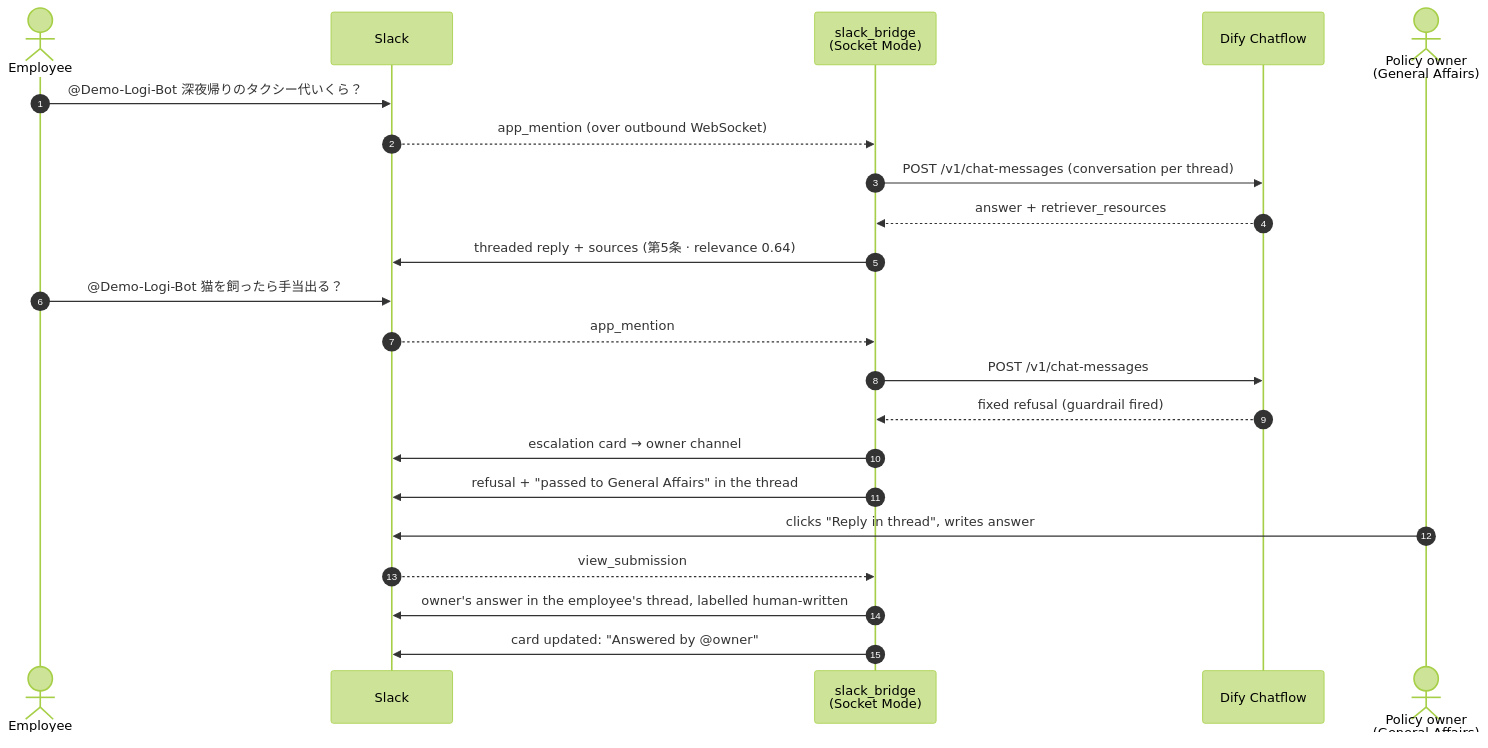
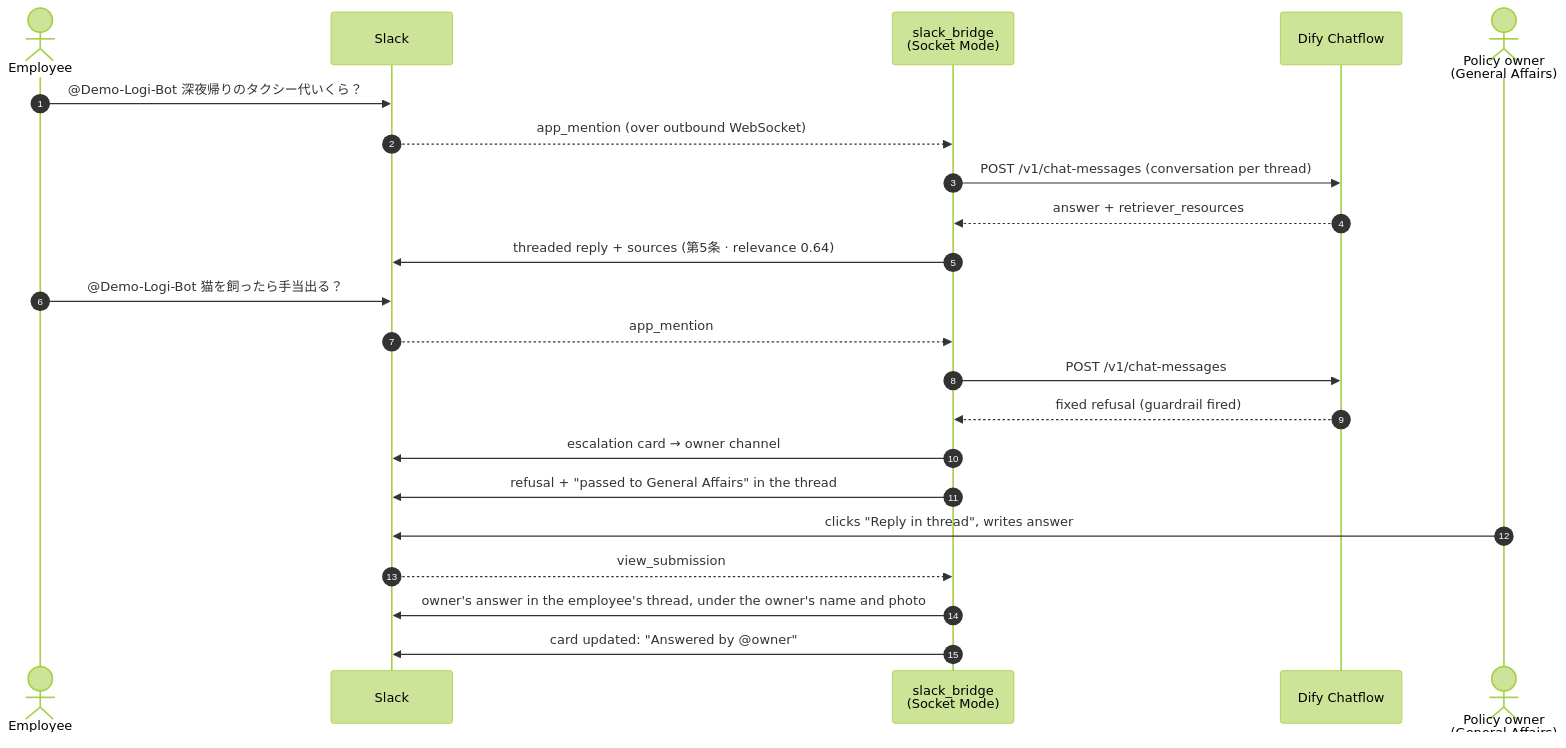
One commit to knmgn/RAG_with_Dify_Automation changed the diagram in slack_bridge/README.md. Above: the diagram before and after it, drawn with Mermaid (forest theme). The commit also changed other lines of this file and 5 other files, not shown here.

First line of the commit message:
Post owner replies under the owner's own name and photo

````diff
--- a/slack_bridge/README.md
+++ b/slack_bridge/README.md
@@ -8,26 +8,26 @@
 ```mermaid
 sequenceDiagram
     autonumber
     actor E as Employee
     participant S as Slack
     participant B as slack_bridge<br/>(Socket Mode)
     participant D as Dify Chatflow
     actor O as Policy owner<br/>(General Affairs)
 
     E->>S: @Demo-Logi-Bot 深夜帰りのタクシー代いくら？
     S-->>B: app_mention (over outbound WebSocket)
     B->>D: POST /v1/chat-messages (conversation per thread)
     D-->>B: answer + retriever_resources
     B->>S: threaded reply + sources (第5条 · relevance 0.64)
 
     E->>S: @Demo-Logi-Bot 猫を飼ったら手当出る？
     S-->>B: app_mention
     B->>D: POST /v1/chat-messages
     D-->>B: fixed refusal (guardrail fired)
     B->>S: escalation card → owner channel
     B->>S: refusal + "passed to General Affairs" in the thread
     O->>S: clicks "Reply in thread", writes answer
     S-->>B: view_submission
-    B->>S: owner's answer in the employee's thread, labelled human-written
+    B->>S: owner's answer in the employee's thread, under the owner's name and photo
     B->>S: card updated: "Answered by @owner"
 ```
````
